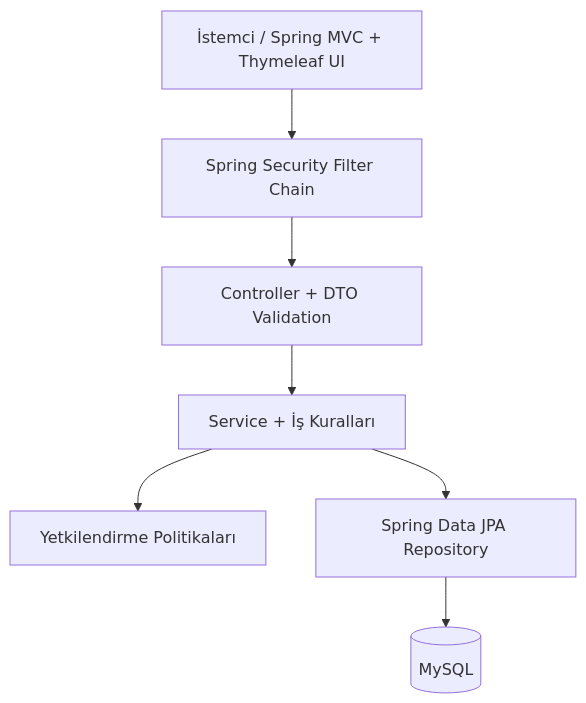
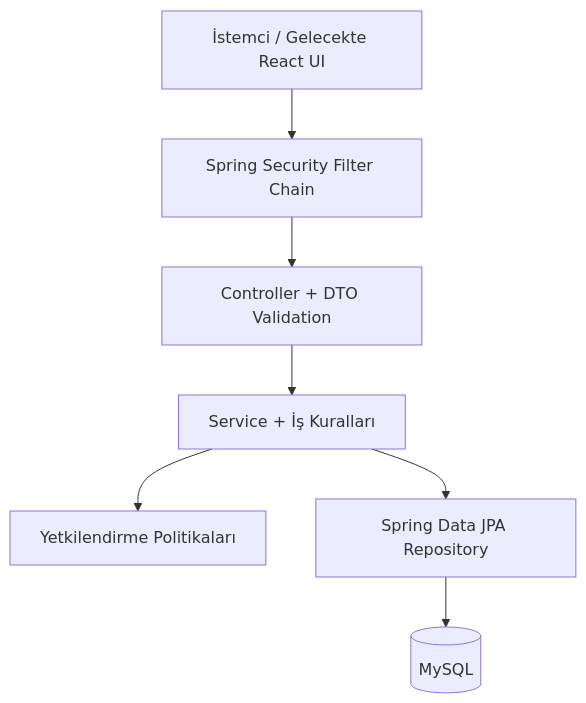
One commit to onurerkoc-dev/payguard changed the first of 5 diagrams in README.md. Above: the diagram before and after it, drawn with Mermaid. The commit also changed other lines of this file and 9 other files, not shown here.

````diff
--- a/README.md
+++ b/README.md
@@ -66,9 +66,9 @@
 ```mermaid
 flowchart TD
-    Client["İstemci / Spring MVC + Thymeleaf UI"] --> Security["Spring Security Filter Chain"]
+    Client["İstemci / Gelecekte React UI"] --> Security["Spring Security Filter Chain"]
     Security --> Controller["Controller + DTO Validation"]
     Controller --> Service["Service + İş Kuralları"]
     Service --> Policy["Yetkilendirme Politikaları"]
     Service --> Repository["Spring Data JPA Repository"]
     Repository --> Database[("MySQL")]
 ```
````
